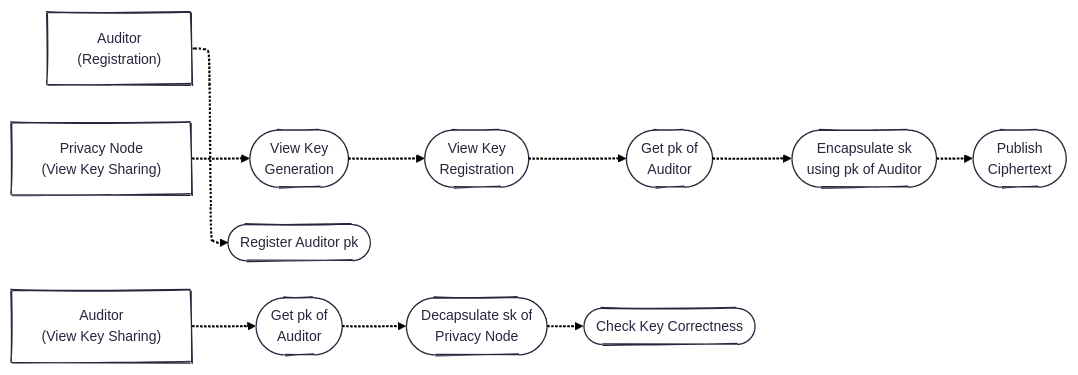
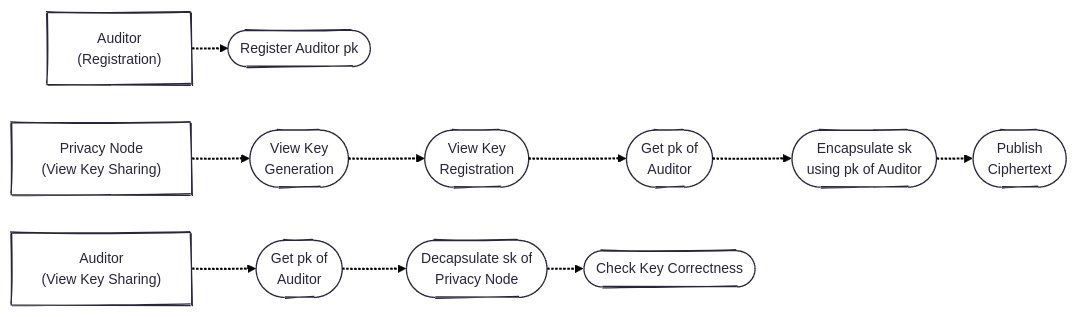
The eighth of 8 diagrams in enygma_payments/protocol_flows.md (raylsnetwork/Enygma), drawn with Mermaid before and after one commit.

````diff
--- a/enygma_payments/protocol_flows.md
+++ b/enygma_payments/protocol_flows.md
@@ -191,29 +191,32 @@
 ```mermaid
 ---
 config:
   theme: redux
   layout: elk
   look: handDrawn
 ---
 flowchart LR
 
     auditor1["Auditor<br>(Registration)"]
+    register_key(["Register Auditor pk"])
+    
+    auditor1 -.-> register_key
+
 
     pn["Privacy Node<br>(View Key Sharing)"]
     keygen(["View Key<br>Generation"])
     key_registration(["View Key<br>Registration"])
     get_auditor_key(["Get pk of<br>Auditor"])
     encrypt(["Encapsulate sk<br>using pk of Auditor"])
     publish_ciphertext(["Publish<br>Ciphertext"])
 
+    pn -.-> keygen -.-> key_registration -.-> get_auditor_key -.-> encrypt -.-> publish_ciphertext
+
+
     auditor2["Auditor<br>(View Key Sharing)"]
-
-    register_key(["Register Auditor pk"])
     get_ciphertext(["Get pk of<br>Auditor"])
     decrypt(["Decapsulate sk of<br>Privacy Node"])
     check(["Check Key Correctness"])
 
-    auditor1 -.-> register_key
-    pn -.-> keygen -.-> key_registration -.-> get_auditor_key -.-> encrypt -.-> publish_ciphertext
     auditor2 -.-> get_ciphertext -.-> decrypt -.-> check
 ```
````
